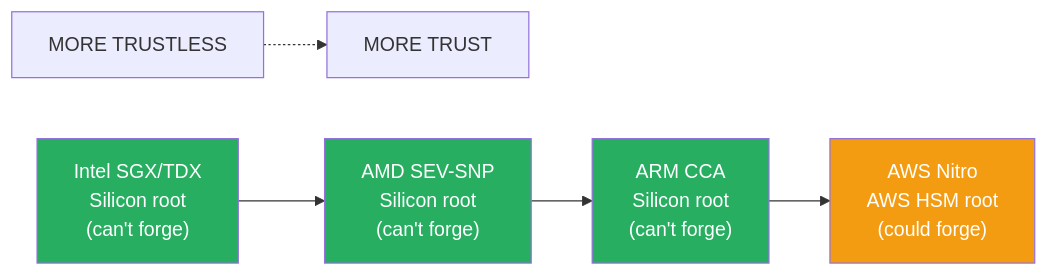
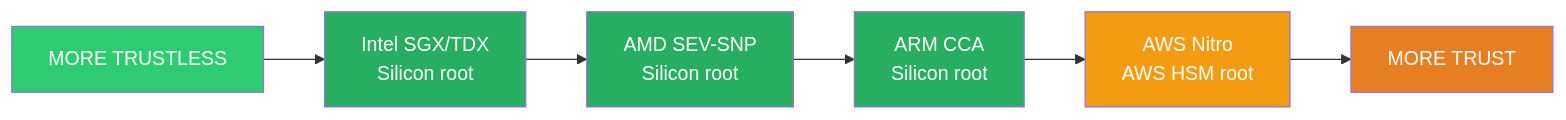
Diagram 11 of 12 in posts/04-cross-platform-attestation.md (V-k-h/roots-of-trust), drawn with Mermaid before and after one commit. The commit also changed other lines of this file, not shown here.

````diff
--- a/posts/04-cross-platform-attestation.md
+++ b/posts/04-cross-platform-attestation.md
@@ -365,16 +372,21 @@
 ```mermaid
 flowchart LR
-    Trustless["MORE TRUSTLESS"] -.-> Trust["MORE TRUST"]
-    
-    Intel["Intel SGX/TDX\nSilicon root\n(can't forge)"]
-    AMD["AMD SEV-SNP\nSilicon root\n(can't forge)"]
-    ARM["ARM CCA\nSilicon root\n(can't forge)"]
-    AWS["AWS Nitro\nAWS HSM root\n(could forge)"]
-    
-    Intel --> AMD --> ARM --> AWS
-    
+    Trustless["MORE TRUSTLESS"]
+    Trust["MORE TRUST"]
+
+    Intel["Intel SGX/TDX<br>Silicon root"]
+    AMD["AMD SEV-SNP<br>Silicon root"]
+    ARM["ARM CCA<br>Silicon root"]
+    AWS["AWS Nitro<br>AWS HSM root"]
+
+    Trustless --> Intel
+    Intel --> AMD --> ARM --> AWS --> Trust
+
     style Intel fill:#27ae60,color:#fff
     style AMD fill:#27ae60,color:#fff
     style ARM fill:#27ae60,color:#fff
     style AWS fill:#f39c12,color:#fff
+    
+    style Trustless fill:#2ecc71,color:#fff
+    style Trust fill:#e67e22,color:#fff
 ```
````
